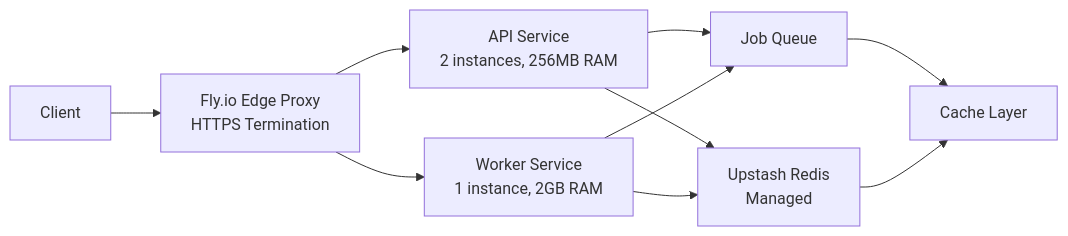
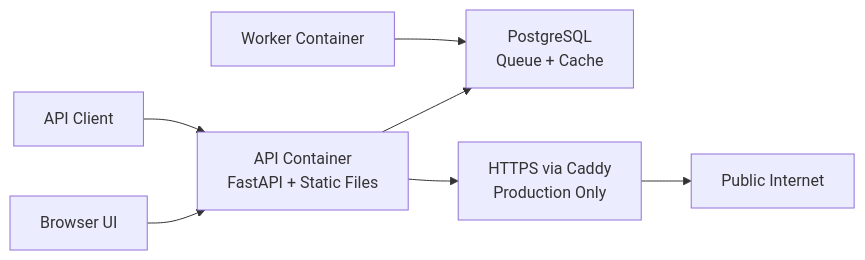
Before and after one commit to ishanjain1502/tross-assignment: the seventh of 9 diagrams in .devdocs/decisionDocs.md, drawn with Mermaid. The commit also changed other lines of this file and 2 other files, not shown here.

First line of the commit message:
Enhance documentation and architecture for LinkedIn Profile API

````diff
--- a/.devdocs/decisionDocs.md
+++ b/.devdocs/decisionDocs.md
@@ -416,12 +418,9 @@
 ```mermaid
 flowchart LR
-    A[Client] --> B[Fly.io Edge Proxy<br>HTTPS Termination]
-    B --> C[API Service<br>2 instances, 256MB RAM]
-    B --> D[Worker Service<br>1 instance, 2GB RAM]
-    C --> E[Upstash Redis<br>Managed]
-    D --> E
-    C --> F[Job Queue]
-    D --> F
-    F --> G[Cache Layer]
-    E --> G
+    A[Browser UI] --> B[API Container<br>FastAPI + Static Files]
+    C[API Client] --> B
+    B --> D[PostgreSQL<br>Queue + Cache]
+    E[Worker Container] --> D
+    B --> F[HTTPS via Caddy<br>Production Only]
+    F --> G[Public Internet]
 ```
````
